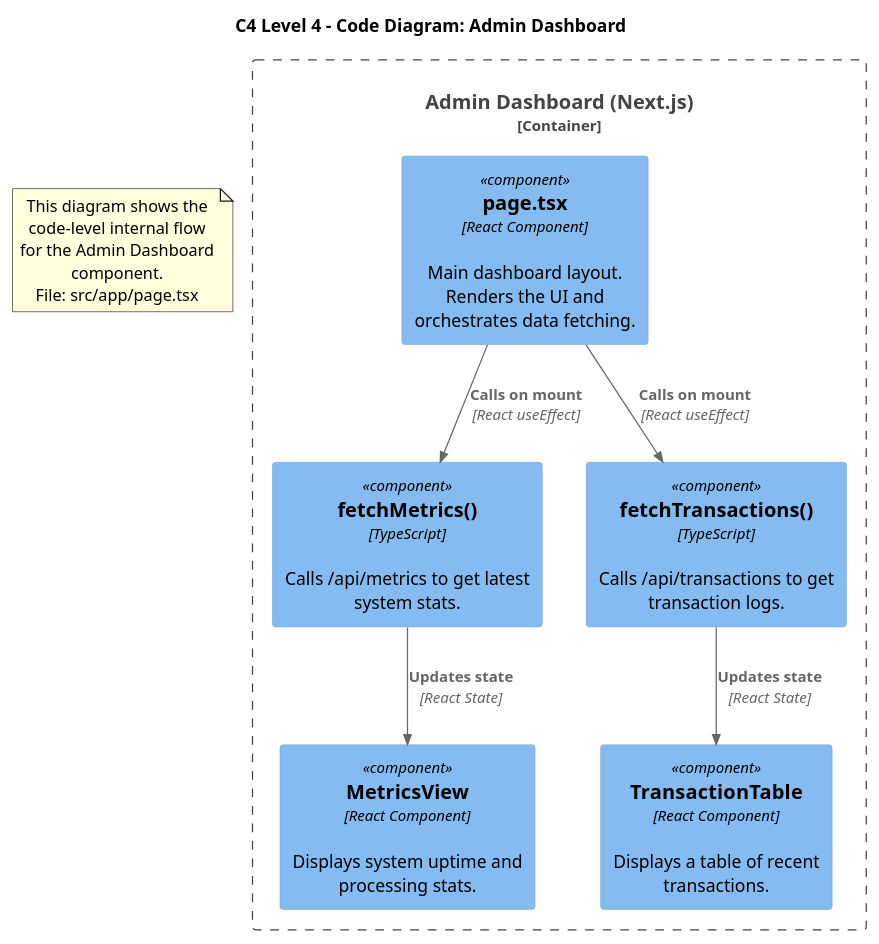
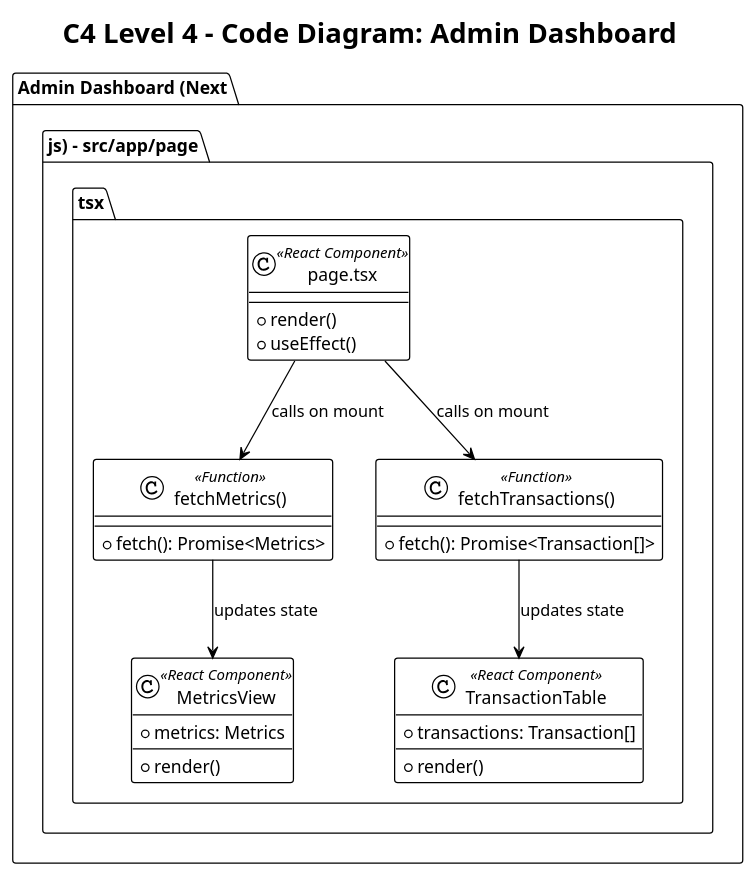
One commit to Vince0028/WAH4PCE-MERGE-CONFLICT changed the diagram in apps/adapt-ipaas/code_diagrams/Component_Diagram_High_Level_ADAPT_iPaaS_Middleware/Admin_Dashboard.puml. Above: the diagram before and after it, drawn with PlantUML. The commit also changed 32 other files, not shown here.

Commit message:
feat: add PlantUML code diagrams for ADAPT iPaaS middleware components and layers

```diff
--- a/apps/adapt-ipaas/code_diagrams/Component_Diagram_High_Level_ADAPT_iPaaS_Middleware/Admin_Dashboard.puml
+++ b/apps/adapt-ipaas/code_diagrams/Component_Diagram_High_Level_ADAPT_iPaaS_Middleware/Admin_Dashboard.puml
@@ -1,26 +1,35 @@
 @startuml Admin_Dashboard
-!include https://raw.githubusercontent.com/plantuml-stdlib/C4-PlantUML/master/C4_Component.puml
-
+!theme plain
 title C4 Level 4 - Code Diagram: Admin Dashboard
 
-note as N1
-  This diagram shows the code-level internal flow 
-  for the Admin Dashboard component.
-  File: src/app/page.tsx
-end note
+package "Admin Dashboard (Next.js) - src/app/page.tsx" {
+    class "page.tsx" as PageComponent <<React Component>> {
+        + render()
+        + useEffect()
+    }
 
-Container_Boundary(dashboard_boundary, "Admin Dashboard (Next.js)") {
-    Component(page_tsx, "page.tsx", "React Component", "Main dashboard layout. Renders the UI and orchestrates data fetching.")
-    Component(metrics_fetcher, "fetchMetrics()", "TypeScript", "Calls /api/metrics to get latest system stats.")
-    Component(transactions_fetcher, "fetchTransactions()", "TypeScript", "Calls /api/transactions to get transaction logs.")
-    
-    Component(ui_metrics, "MetricsView", "React Component", "Displays system uptime and processing stats.")
-    Component(ui_table, "TransactionTable", "React Component", "Displays a table of recent transactions.")
+    class "fetchMetrics()" as MetricsFetcher <<Function>> {
+        + fetch(): Promise<Metrics>
+    }
+
+    class "fetchTransactions()" as TransactionsFetcher <<Function>> {
+        + fetch(): Promise<Transaction[]>
+    }
+
+    class MetricsView <<React Component>> {
+        + metrics: Metrics
+        + render()
+    }
+
+    class TransactionTable <<React Component>> {
+        + transactions: Transaction[]
+        + render()
+    }
 }
 
-Rel(page_tsx, metrics_fetcher, "Calls on mount", "React useEffect")
-Rel(page_tsx, transactions_fetcher, "Calls on mount", "React useEffect")
-Rel(metrics_fetcher, ui_metrics, "Updates state", "React State")
-Rel(transactions_fetcher, ui_table, "Updates state", "React State")
+PageComponent --> MetricsFetcher : calls on mount
+PageComponent --> TransactionsFetcher : calls on mount
+MetricsFetcher --> MetricsView : updates state
+TransactionsFetcher --> TransactionTable : updates state
 
 @enduml
```
